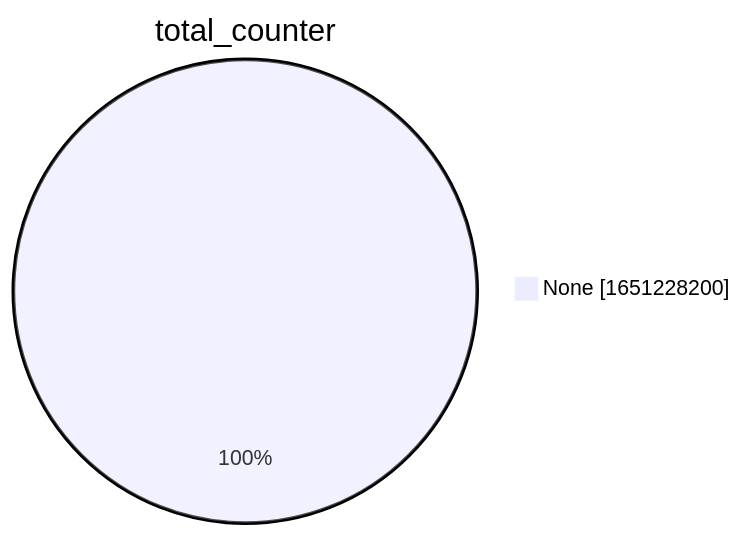
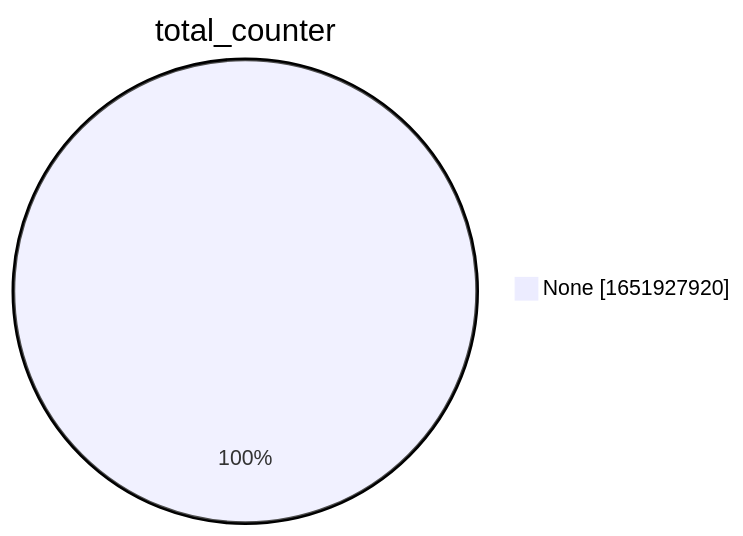
The second of 15 diagrams in xenon2022/README.md (christiankrug/ctmonitor_visualization), drawn with Mermaid before and after one commit. The commit also changed other lines of this file, not shown here.

````diff
--- a/xenon2022/README.md
+++ b/xenon2022/README.md
@@ -9,5 +9,5 @@
 ```mermaid
 pie showData
 title total_counter
-"None" :1651228200
+"None" :1651927920
 ```
````
